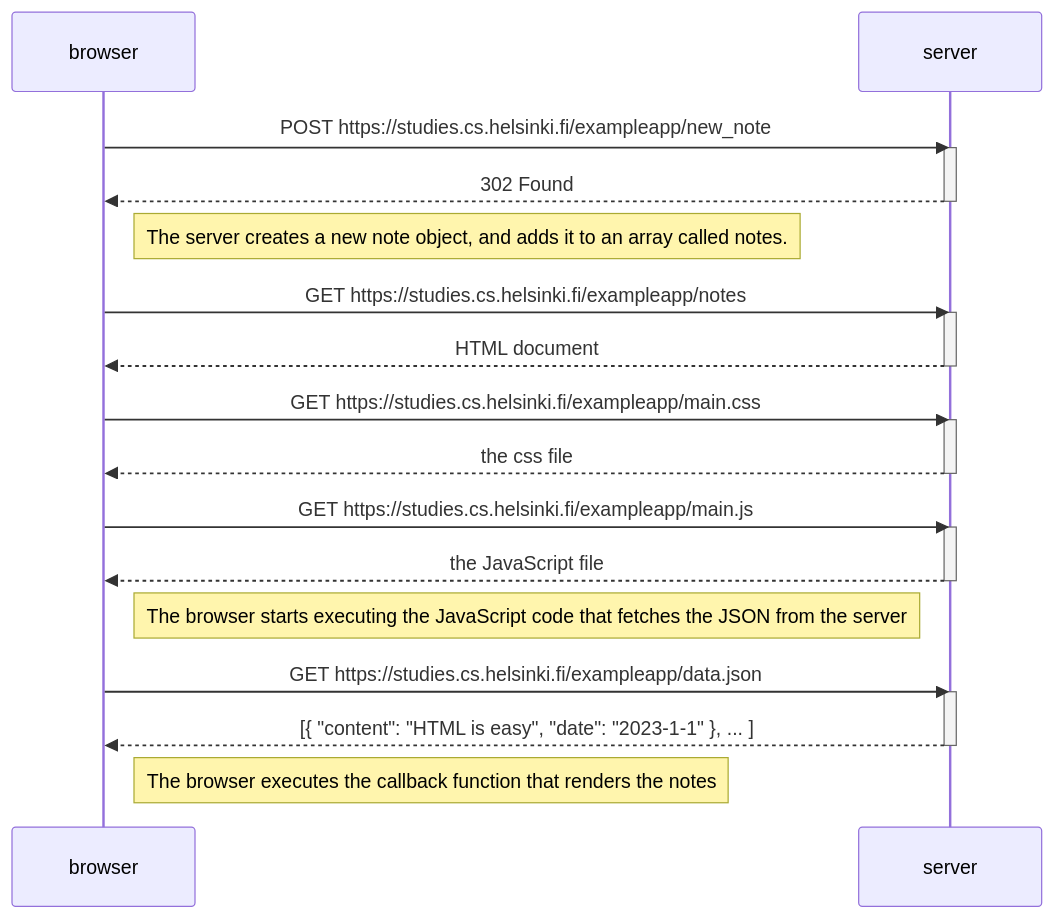
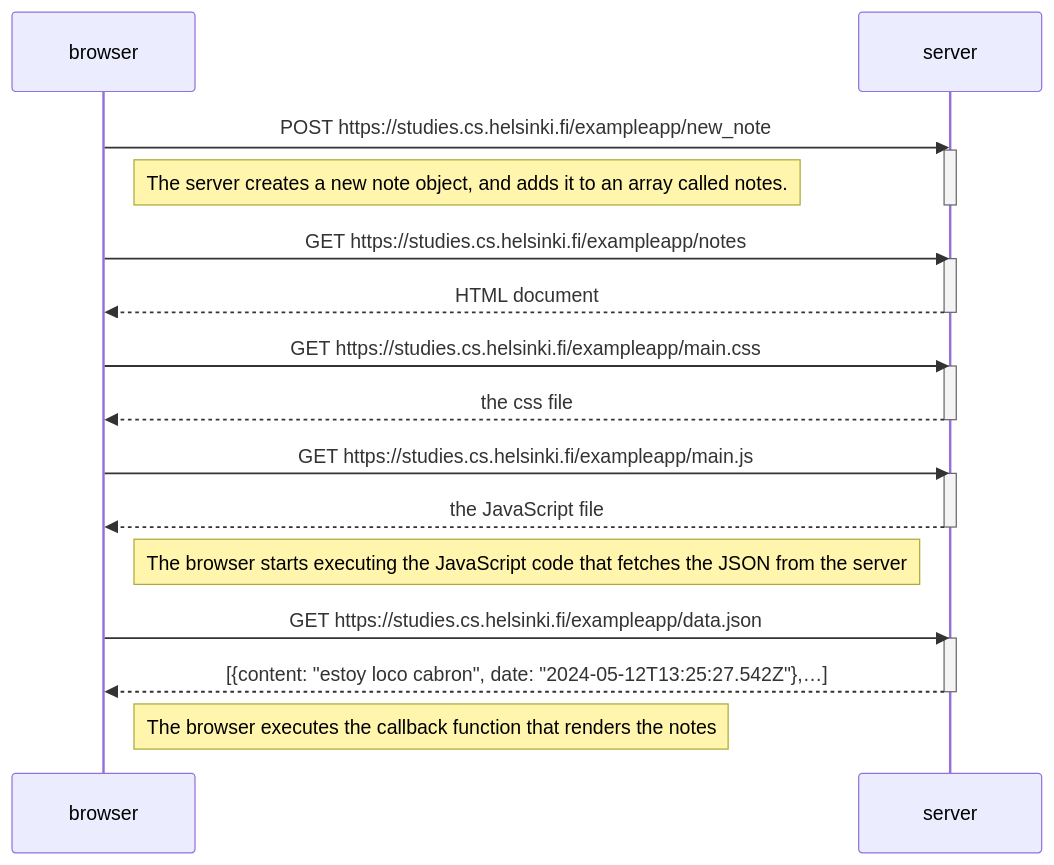
One commit to SergeiRaik/fullstackopen-course changed the diagram in part0/new-note-diagram.md. Above: the diagram before and after it, drawn with Mermaid.

Commit message:
correections in exersice 0.4

````diff
--- a/part0/new-note-diagram.md
+++ b/part0/new-note-diagram.md
@@ -1,36 +1,35 @@
 ```mermaid
 sequenceDiagram
     participant browser
     participant server
 
     browser->>server: POST https://studies.cs.helsinki.fi/exampleapp/new_note
     activate server
-    server-->>browser: 302 Found
+    Note right of browser: The server creates a new note object, and adds it to an array called notes.
     deactivate server
-    Note right of browser: The server creates a new note object, and adds it to an array called notes.
-
+    
     browser->>server: GET https://studies.cs.helsinki.fi/exampleapp/notes
     activate server
     server-->>browser: HTML document
     deactivate server
 
     browser->>server: GET https://studies.cs.helsinki.fi/exampleapp/main.css
     activate server
     server-->>browser: the css file
     deactivate server
 
     browser->>server: GET https://studies.cs.helsinki.fi/exampleapp/main.js
     activate server
     server-->>browser: the JavaScript file
     deactivate server
 
     Note right of browser: The browser starts executing the JavaScript code that fetches the JSON from the server
 
     browser->>server: GET https://studies.cs.helsinki.fi/exampleapp/data.json
     activate server
-    server-->>browser: [{ "content": "HTML is easy", "date": "2023-1-1" }, ... ]
+    server-->>browser: [{content: "estoy loco cabron", date: "2024-05-12T13:25:27.542Z"},…]
     deactivate server
 
     Note right of browser: The browser executes the callback function that renders the notes
     
 ```
````
